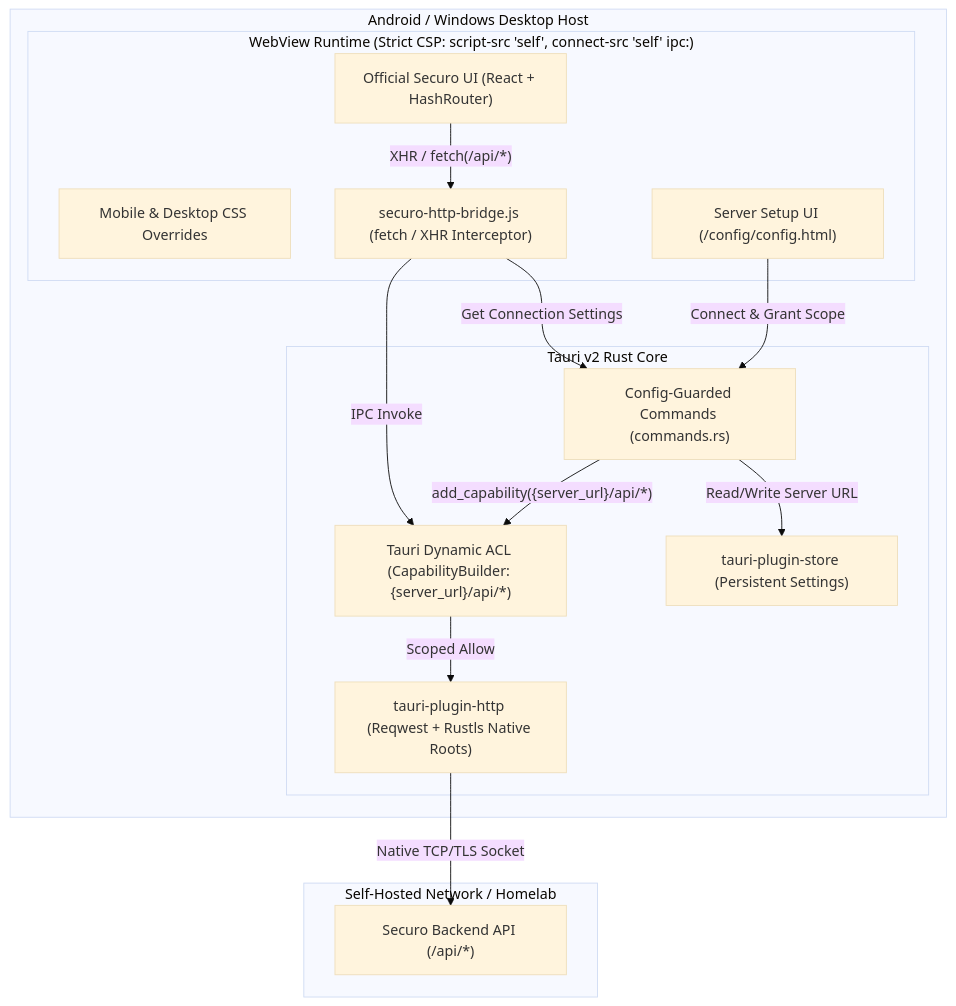
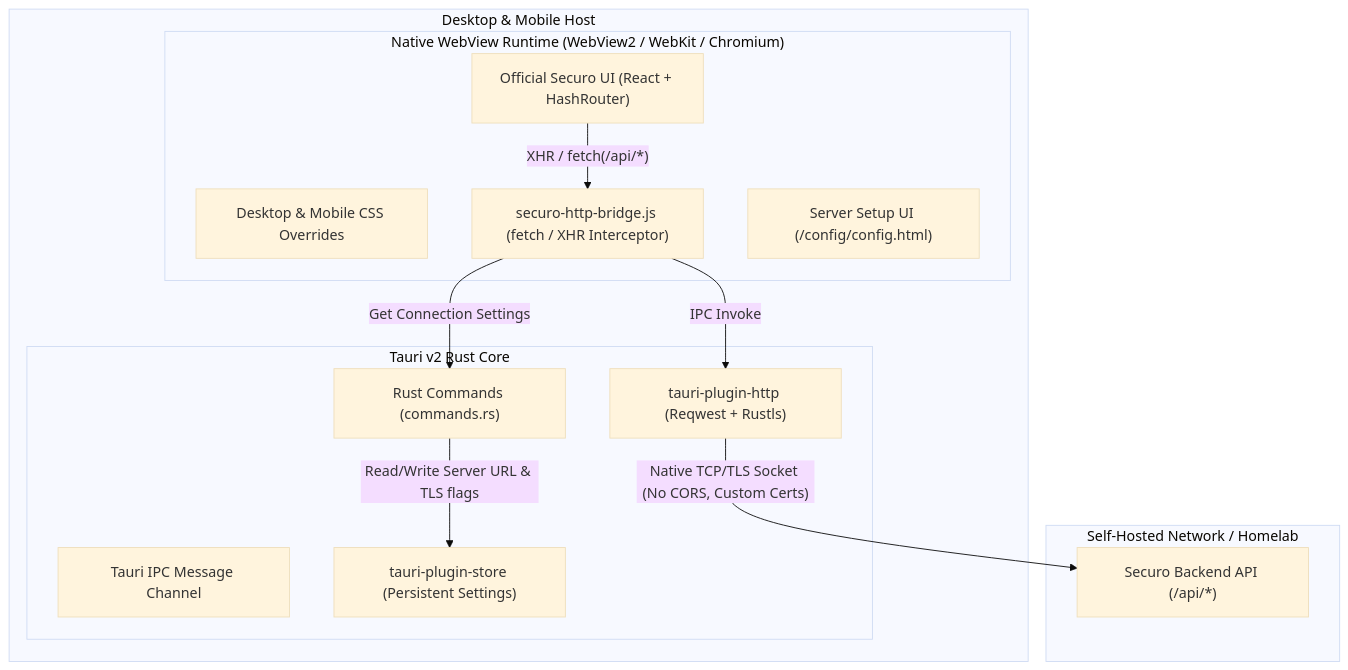
One commit to Marcelo-maga/securo-client changed the first of 4 diagrams in ARCHITECTURE.md. Above: the diagram before and after it, drawn with Mermaid (base theme). The commit also changed other lines of this file and 4 other files, not shown here.

Commit message:
docs: align architecture diagrams and documentation with dist build flow

````diff
--- a/ARCHITECTURE.md
+++ b/ARCHITECTURE.md
@@ -22,33 +22,30 @@
 ```mermaid
 graph TD
-    subgraph Device["Android / Windows Desktop Host"]
-        subgraph WebViewSandbox["WebView Runtime (Strict CSP: script-src 'self', connect-src 'self' ipc:)"]
+    subgraph Device["Desktop & Mobile Host"]
+        subgraph WebViewSandbox["Native WebView Runtime (WebView2 / WebKit / Chromium)"]
             UI["Official Securo UI (React + HashRouter)"]
-            CSS["Mobile & Desktop CSS Overrides"]
+            CSS["Desktop & Mobile CSS Overrides"]
             Bridge["securo-http-bridge.js (fetch / XHR Interceptor)"]
             SetupUI["Server Setup UI (/config/config.html)"]
 
             UI -->|"XHR / fetch(/api/*)"| Bridge
         end
 
         subgraph TauriRuntime["Tauri v2 Rust Core"]
-            ACL["Tauri Dynamic ACL (CapabilityBuilder: {server_url}/api/*)"]
-            HttpPlugin["tauri-plugin-http (Reqwest + Rustls Native Roots)"]
+            IPC["Tauri IPC Message Channel"]
+            HttpPlugin["tauri-plugin-http (Reqwest + Rustls)"]
             StorePlugin["tauri-plugin-store (Persistent Settings)"]
-            Cmds["Config-Guarded Commands (commands.rs)"]
+            Cmds["Rust Commands (commands.rs)"]
 
-            Bridge -->|"IPC Invoke"| ACL
-            ACL -->|"Scoped Allow"| HttpPlugin
+            Bridge -->|"IPC Invoke"| HttpPlugin
             Bridge -->|"Get Connection Settings"| Cmds
-            SetupUI -->|"Connect & Grant Scope"| Cmds
-            Cmds -->|"Read/Write Server URL"| StorePlugin
-            Cmds -->|"add_capability({server_url}/api/*)"| ACL
+            Cmds -->|"Read/Write Server URL & TLS flags"| StorePlugin
         end
     end
 
     subgraph RemoteNetwork["Self-Hosted Network / Homelab"]
         Backend["Securo Backend API (/api/*)"]
     end
 
-    HttpPlugin -->|"Native TCP/TLS Socket"| Backend
+    HttpPlugin -->|"Native TCP/TLS Socket (No CORS, Custom Certs)"| Backend
 ```
````
